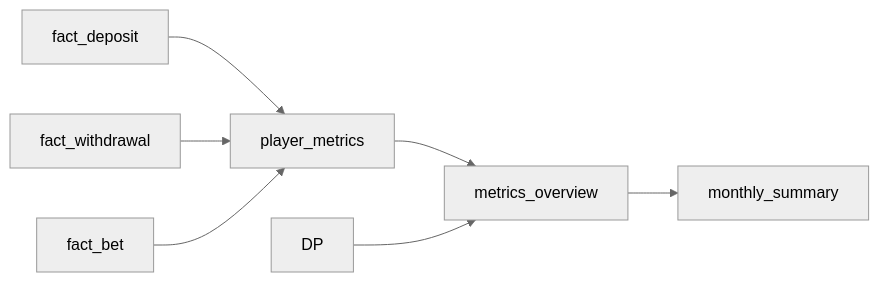
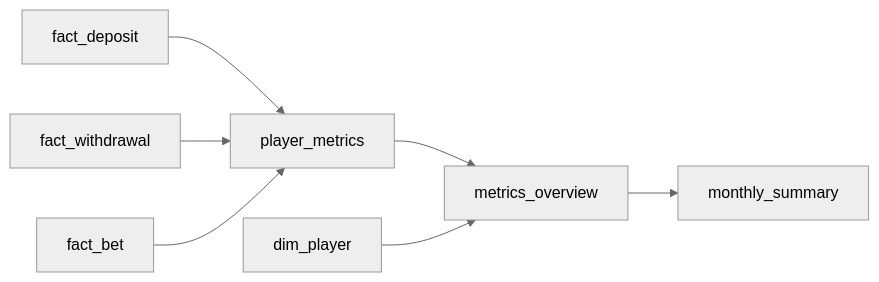
The diagram in docs/dwh/diagrams/02_logical_model.md (kulakovsemen27/airflow-dbt-pipeline), drawn with Mermaid (neutral theme) before and after one commit. The commit also changed other lines of this file and 5 other files, not shown here.

Commit message:
Fixed documentation and added model diagrams in .drawio file

````diff
--- a/docs/dwh/diagrams/02_logical_model.md
+++ b/docs/dwh/diagrams/02_logical_model.md
@@ -133,9 +135,9 @@
 ```mermaid
 flowchart LR
     FD["fact_deposit"] --> PM["player_metrics"]
     FW["fact_withdrawal"] --> PM
     FB["fact_bet"] --> PM
     PM --> MO["metrics_overview"]
-    DP --> MO
+    DP["dim_player"] --> MO
     MO --> MS["monthly_summary"]
 ```
````
